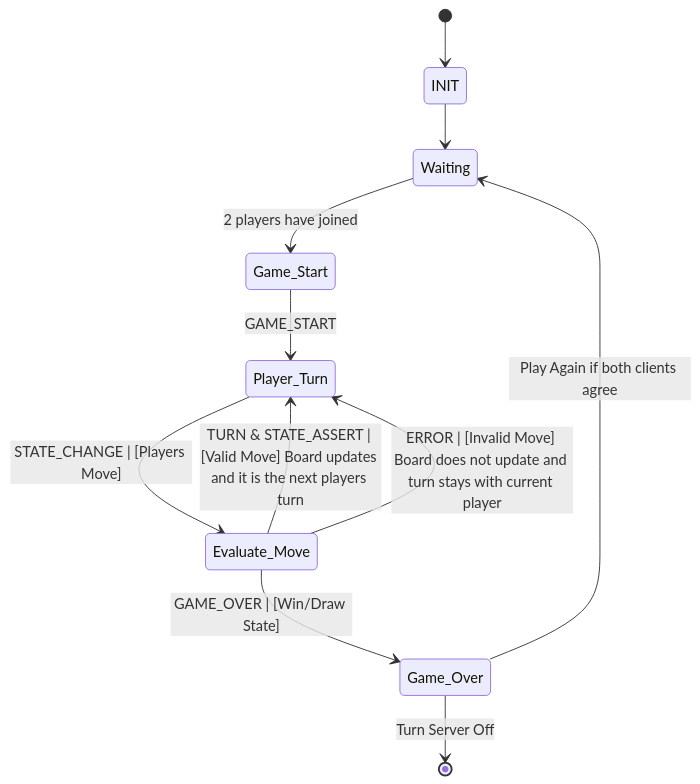
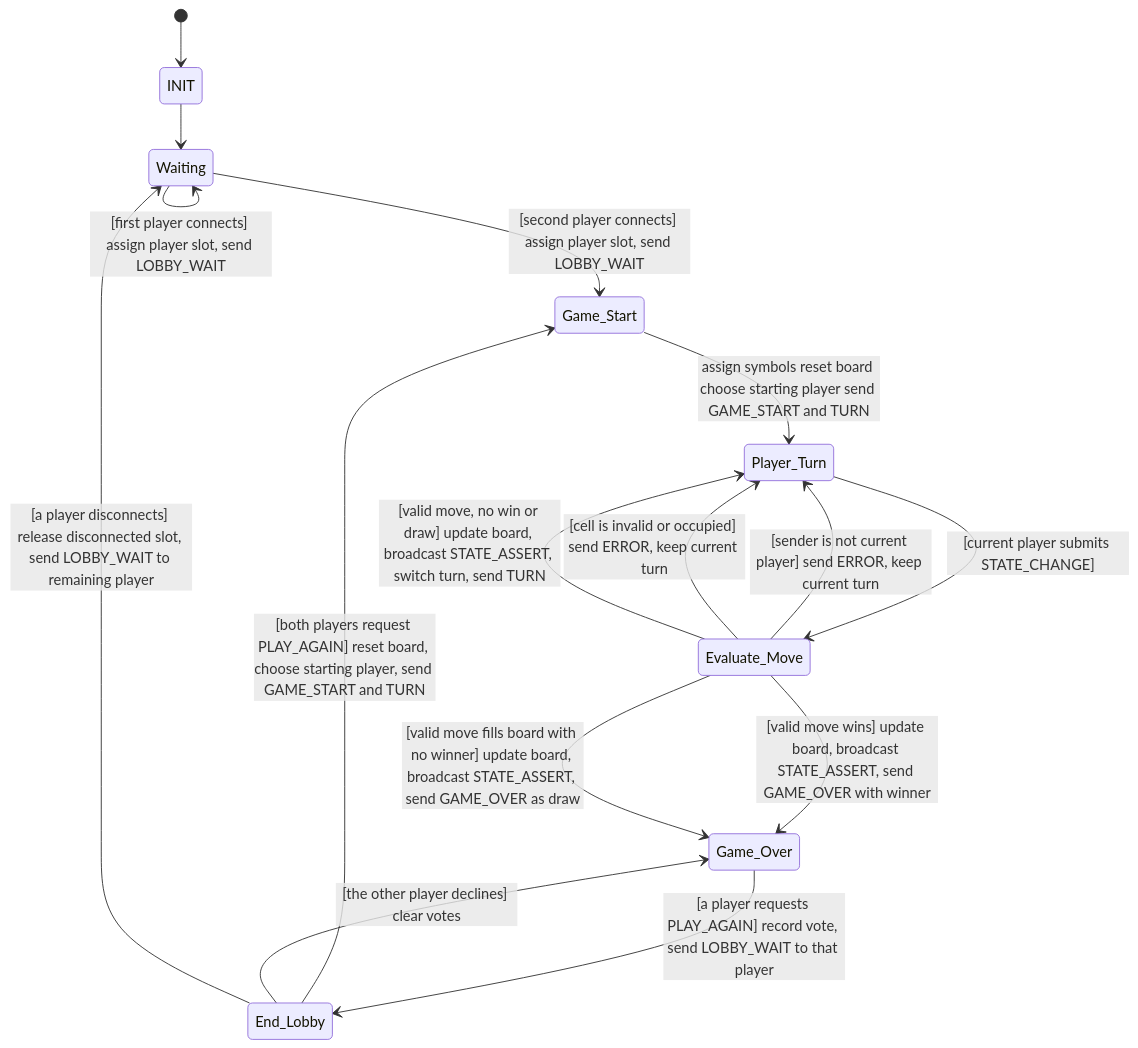
The diagram in fsm_specification.md (Exxabite/CS-457), drawn with Mermaid before and after one commit.

Commit message:
Elaborate FSM

````diff
--- a/fsm_specification.md
+++ b/fsm_specification.md
@@ -1,13 +1,18 @@
 ```mermaid
 stateDiagram-v2
     [*] --> INIT
     INIT --> Waiting
-    Waiting --> Game_Start: 2 players have joined
-    Game_Start --> Player_Turn: GAME_START
-    Player_Turn --> Evaluate_Move: STATE_CHANGE | [Players Move]
-    Evaluate_Move --> Player_Turn: TURN & STATE_ASSERT | [Valid Move] Board updates and it is the next players turn
-    Evaluate_Move --> Player_Turn: ERROR | [Invalid Move] Board does not update and turn stays with current player
-    Evaluate_Move --> Game_Over: GAME_OVER | [Win/Draw State]
-    Game_Over --> [*]: Turn Server Off
-    Game_Over --> Waiting: Play Again if both clients agree
+    Waiting --> Waiting: [first player connects] assign player slot, send LOBBY_WAIT
+    Waiting --> Game_Start: [second player connects] assign player slot, send LOBBY_WAIT
+    Game_Start --> Player_Turn: assign symbols reset board choose starting player send GAME_START and TURN
+    Player_Turn --> Evaluate_Move: [current player submits STATE_CHANGE]
+    Evaluate_Move --> Player_Turn: [sender is not current player] send ERROR, keep current turn
+    Evaluate_Move --> Player_Turn: [cell is invalid or occupied] send ERROR, keep current turn
+    Evaluate_Move --> Player_Turn: [valid move, no win or draw] update board, broadcast STATE_ASSERT, switch turn, send TURN
+    Evaluate_Move --> Game_Over: [valid move wins] update board, broadcast STATE_ASSERT, send GAME_OVER with winner
+    Evaluate_Move --> Game_Over: [valid move fills board with no winner] update board, broadcast STATE_ASSERT, send GAME_OVER as draw
+    Game_Over --> End_Lobby: [a player requests PLAY_AGAIN] record vote, send LOBBY_WAIT to that player
+    End_Lobby --> Game_Start: [both players request PLAY_AGAIN] reset board, choose starting player, send GAME_START and TURN
+    End_Lobby --> Game_Over: [the other player declines] clear votes
+    End_Lobby --> Waiting: [a player disconnects] release disconnected slot, send LOBBY_WAIT to remaining player
 ```
````
